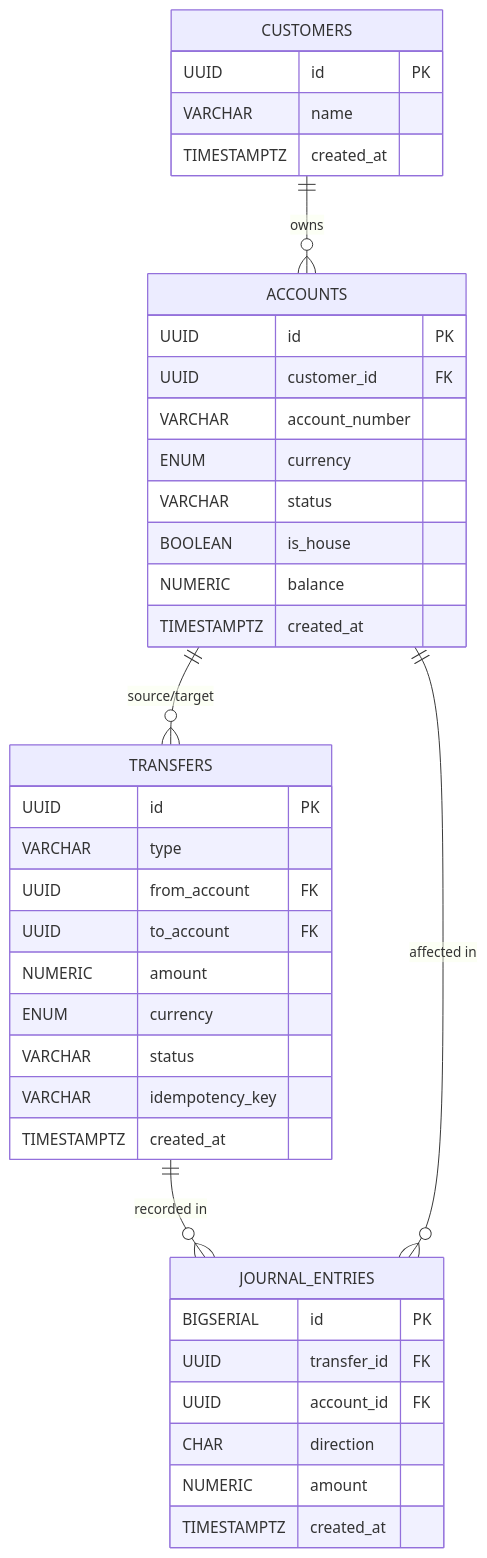
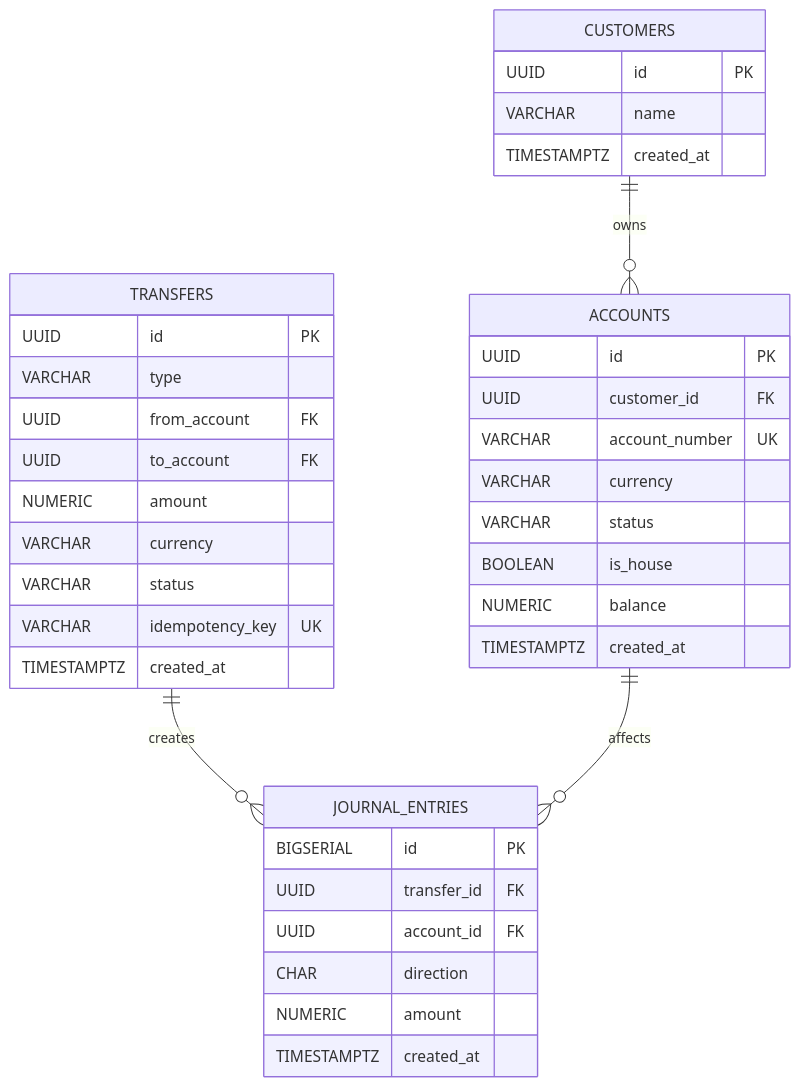
One commit to rutczzo/corebank changed the diagram in src/docs/schema.md. Above: the diagram before and after it, drawn with Mermaid. The commit also changed other lines of this file and 9 other files, not shown here.

````diff
--- a/src/docs/schema.md
+++ b/src/docs/schema.md
@@ -3,46 +7,44 @@
 ```mermaid
 erDiagram
     CUSTOMERS {
         UUID id PK
         VARCHAR name
         TIMESTAMPTZ created_at
     }
 
     ACCOUNTS {
         UUID id PK
         UUID customer_id FK
-        VARCHAR account_number
-        ENUM currency
+        VARCHAR account_number UK
+        VARCHAR currency
         VARCHAR status
         BOOLEAN is_house
         NUMERIC balance
         TIMESTAMPTZ created_at
     }
 
     TRANSFERS {
         UUID id PK
         VARCHAR type
         UUID from_account FK
         UUID to_account FK
         NUMERIC amount
-        ENUM currency
+        VARCHAR currency
         VARCHAR status
-        VARCHAR idempotency_key
+        VARCHAR idempotency_key UK
         TIMESTAMPTZ created_at
     }
 
     JOURNAL_ENTRIES {
         BIGSERIAL id PK
         UUID transfer_id FK
         UUID account_id FK
         CHAR direction
         NUMERIC amount
         TIMESTAMPTZ created_at
     }
 
-    %% 관계 정의
-    CUSTOMERS ||--o{ ACCOUNTS : "owns"
-    ACCOUNTS ||--o{ TRANSFERS : "source/target"
-    TRANSFERS ||--o{ JOURNAL_ENTRIES : "recorded in"
-    ACCOUNTS ||--o{ JOURNAL_ENTRIES : "affected in"
+    CUSTOMERS ||--o{ ACCOUNTS : owns
+    TRANSFERS ||--o{ JOURNAL_ENTRIES : creates
+    ACCOUNTS ||--o{ JOURNAL_ENTRIES : affects
 ```
````
